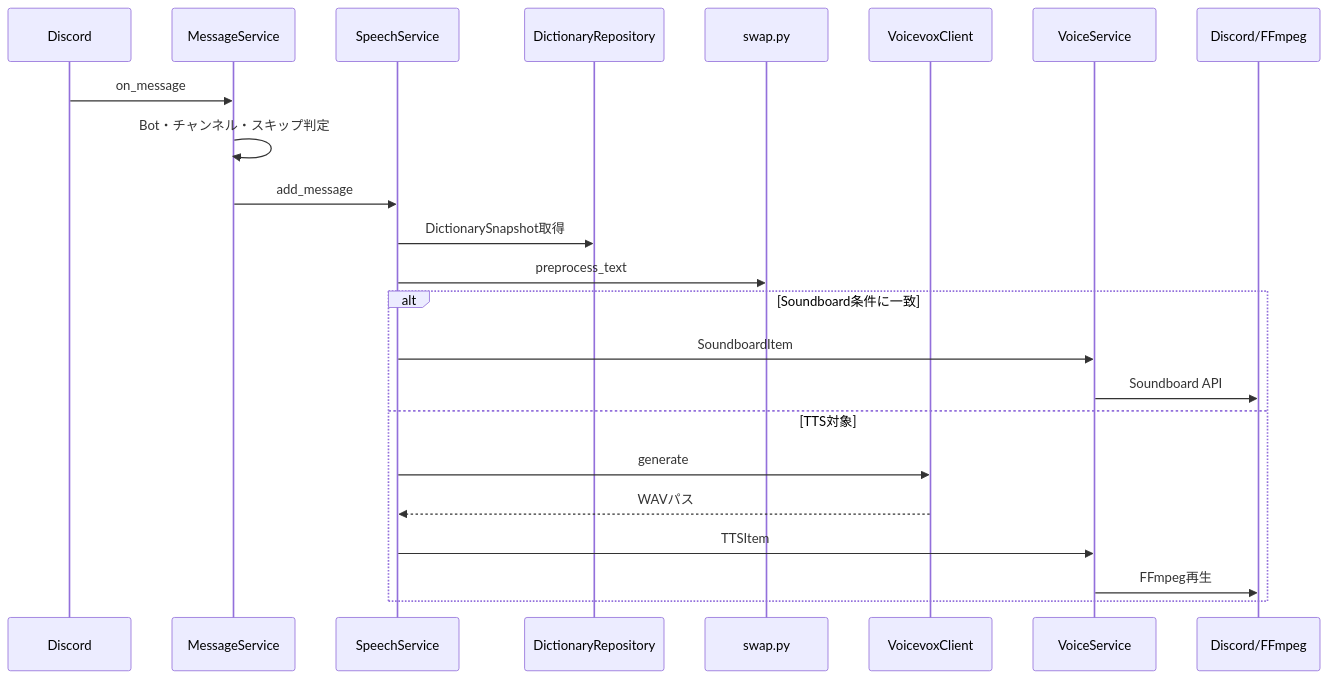
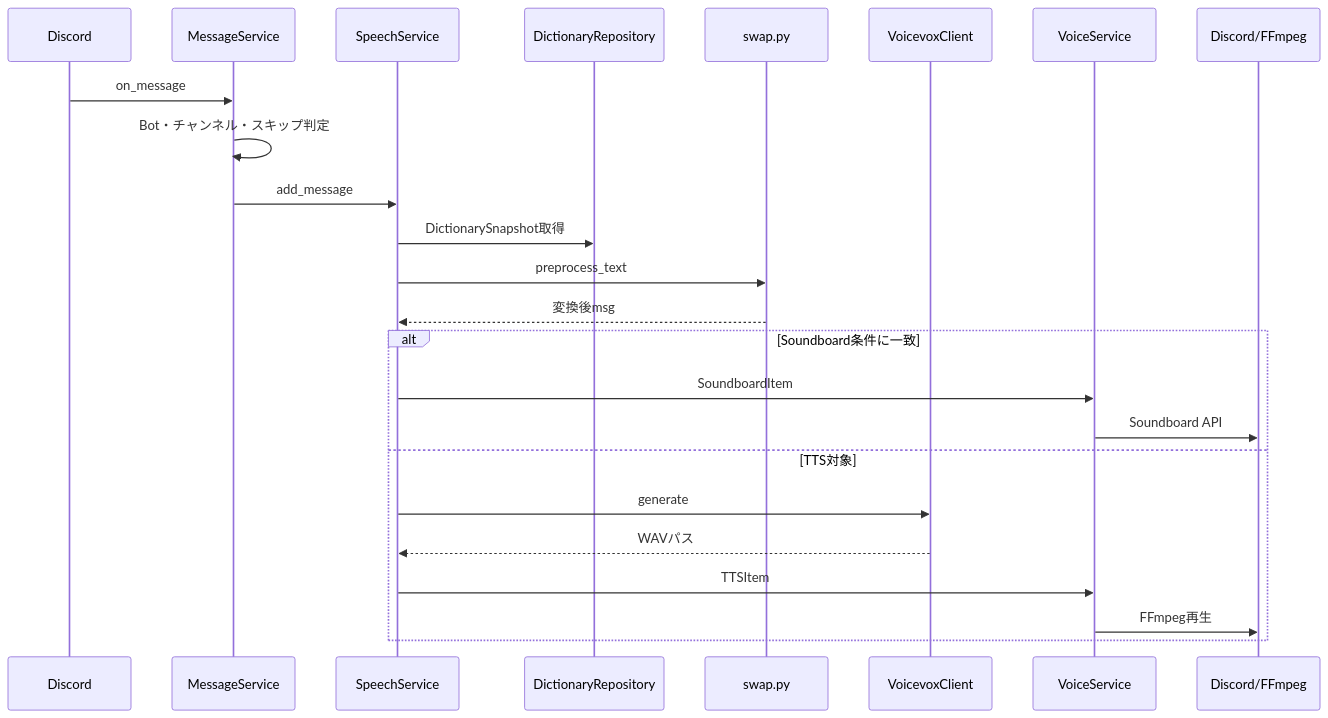
One commit to dora-ntmk/Tsumugium changed the second of 3 diagrams in docs/ARCHITECTURE.md. Above: the diagram before and after it, drawn with Mermaid.

Commit message:
シーケンス図に誤りがあったため、修正

````diff
--- a/docs/ARCHITECTURE.md
+++ b/docs/ARCHITECTURE.md
@@ -68,26 +68,27 @@
 ```mermaid
 sequenceDiagram
     participant D as Discord
     participant M as MessageService
     participant S as SpeechService
     participant R as DictionaryRepository
     participant P as swap.py
     participant V as VoicevoxClient
     participant Q as VoiceService
     participant A as Discord/FFmpeg
 
     D->>M: on_message
     M->>M: Bot・チャンネル・スキップ判定
     M->>S: add_message
     S->>R: DictionarySnapshot取得
     S->>P: preprocess_text
+    P-->>S: 変換後msg
     alt Soundboard条件に一致
         S->>Q: SoundboardItem
         Q->>A: Soundboard API
     else TTS対象
         S->>V: generate
         V-->>S: WAVパス
         S->>Q: TTSItem
         Q->>A: FFmpeg再生
     end
 ```
````
